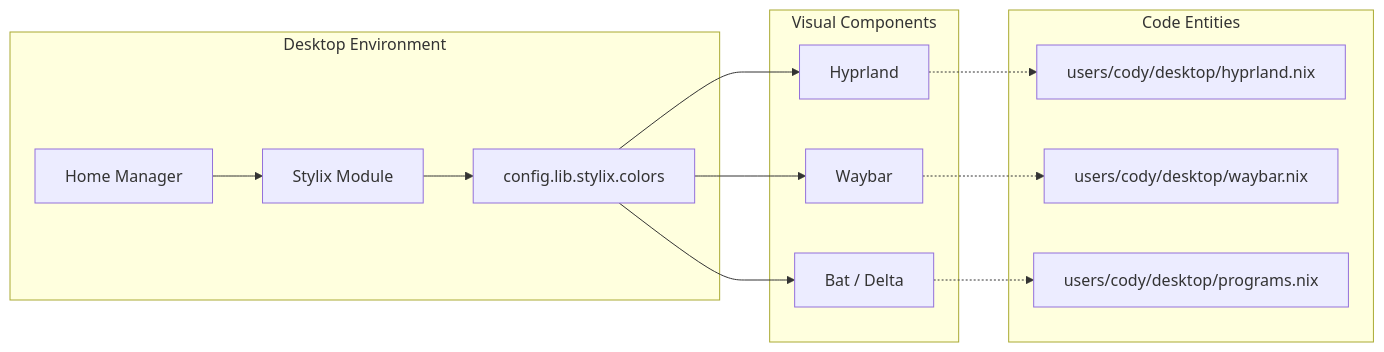
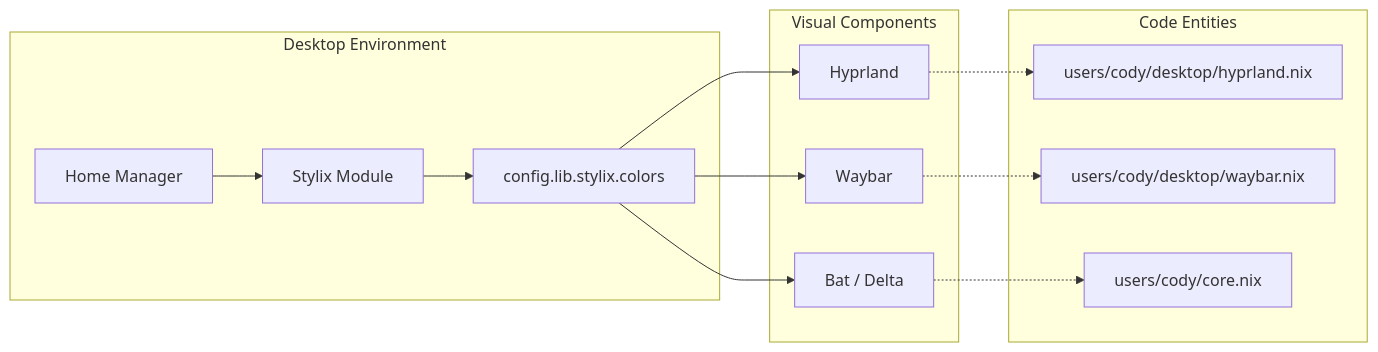
Before and after one commit to Cody-W-Tucker/nix-config: the second of 2 diagrams in docs/Theming-and-Styling-(Stylix).md, drawn with Mermaid. The commit also changed other lines of this file and 103 other files, not shown here.

````diff
--- a/docs/Theming-and-Styling-(Stylix).md
+++ b/docs/Theming-and-Styling-(Stylix).md
@@ -80,26 +80,26 @@
 ```mermaid
 flowchart LR
     subgraph subGraph2 ["Code Entities"]
         HYP_CODE["users/cody/desktop/hyprland.nix"]
         WB_CODE["users/cody/desktop/waybar.nix"]
-        PROG_CODE["users/cody/desktop/programs.nix"]
+        PROG_CODE["users/cody/core.nix"]
     end
     subgraph subGraph1 ["Visual Components"]
         HYP["Hyprland"]
         WB["Waybar"]
         BAT["Bat / Delta"]
     end
     subgraph subGraph0 ["Desktop Environment"]
         HM["Home Manager"]
         ST["Stylix Module"]
         COLORS["config.lib.stylix.colors"]
     end
     HM --> ST
     ST --> COLORS
     COLORS --> HYP
     COLORS --> WB
     COLORS --> BAT
     HYP -.-> HYP_CODE
     WB -.-> WB_CODE
     BAT -.-> PROG_CODE
 ```
````
